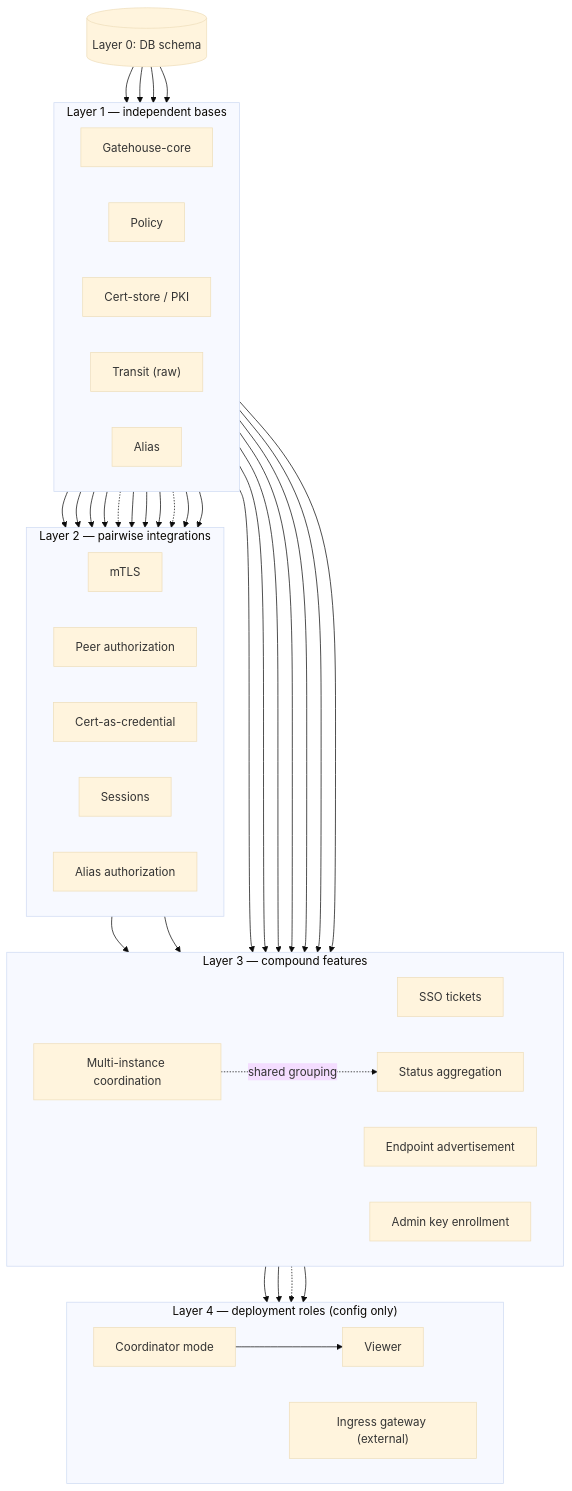
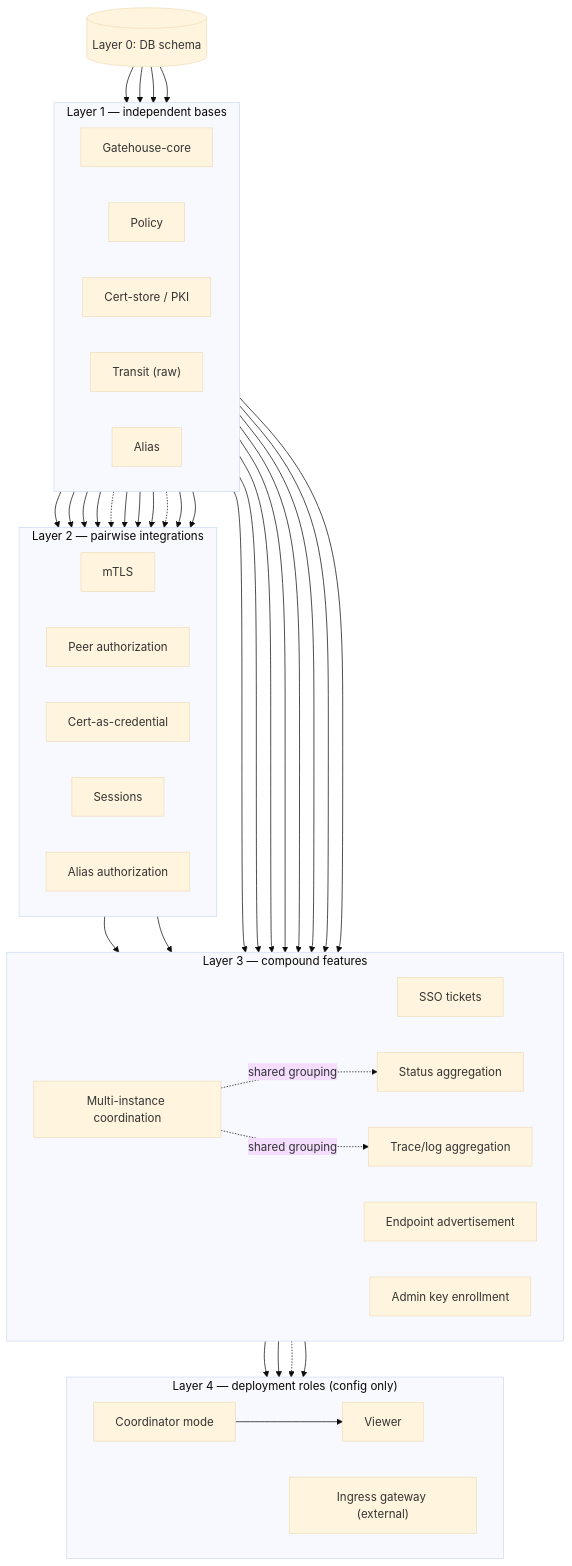
One commit to croge130/archipelago changed the diagram in docs/architecture/01-build-order.md. Above: the diagram before and after it, drawn with Mermaid (base theme). The commit also changed other lines of this file and 2 other files, not shown here.

````diff
--- a/docs/architecture/01-build-order.md
+++ b/docs/architecture/01-build-order.md
@@ -127,72 +140,75 @@
 ```mermaid
 flowchart TB
     DB[("Layer 0: DB schema")]
 
     subgraph L1["Layer 1 — independent bases"]
         direction LR
         GH["Gatehouse-core"]
         POL["Policy"]
         PKI["Cert-store / PKI"]
         TR["Transit (raw)"]
         ALIAS["Alias"]
     end
 
     DB --> GH
     DB --> POL
     DB --> PKI
     DB --> ALIAS
 
     subgraph L2["Layer 2 — pairwise integrations"]
         direction LR
         MTLS["mTLS"]
         PEERAUTH["Peer authorization"]
         CREDCERT["Cert-as-credential"]
         SESS["Sessions"]
         ALIASAUTH["Alias authorization"]
     end
 
     TR --> MTLS
     PKI --> MTLS
     TR --> PEERAUTH
     GH --> PEERAUTH
     POL -.-> PEERAUTH
     GH --> CREDCERT
     PKI --> CREDCERT
     GH --> SESS
     TR -.-> SESS
     ALIAS --> ALIASAUTH
     GH --> ALIASAUTH
 
     subgraph L3["Layer 3 — compound features"]
         direction LR
         SSO["SSO tickets"]
         MULTI["Multi-instance coordination"]
         STATUS["Status aggregation"]
         ENDPOINT["Endpoint advertisement"]
         ADMINKEY["Admin key enrollment"]
+        TRACEAGG["Trace/log aggregation"]
     end
 
     GH --> SSO
     PKI --> SSO
     TR --> SSO
     MTLS --> MULTI
     PEERAUTH --> MULTI
     POL --> STATUS
     TR --> STATUS
     MULTI -.shared grouping.-> STATUS
     GH --> ENDPOINT
     PKI --> ADMINKEY
+    TR --> TRACEAGG
+    MULTI -.shared grouping.-> TRACEAGG
 
     subgraph L4["Layer 4 — deployment roles (config only)"]
         direction LR
         COORD["Coordinator mode"]
         GATEWAY["Ingress gateway (external)"]
         VIEWER["Viewer"]
     end
 
     ENDPOINT --> COORD
     SSO --> COORD
     MULTI -.-> COORD
     COORD --> VIEWER
     SSO --> VIEWER
 ```
````
